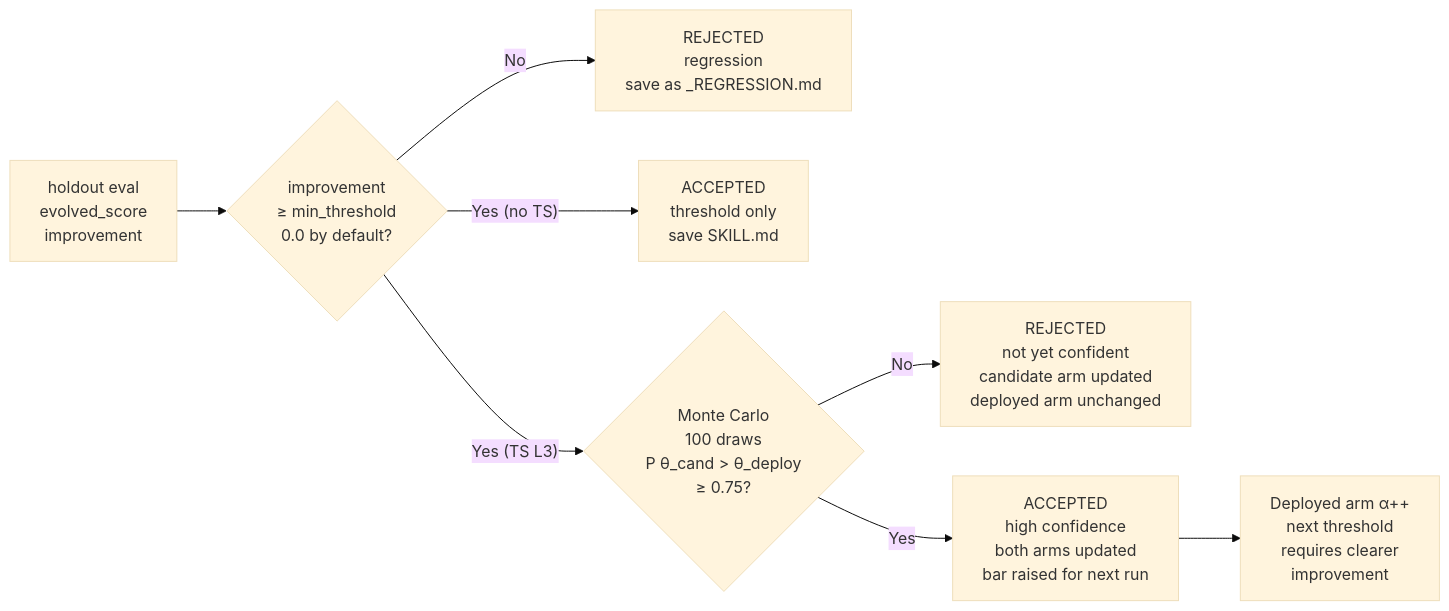
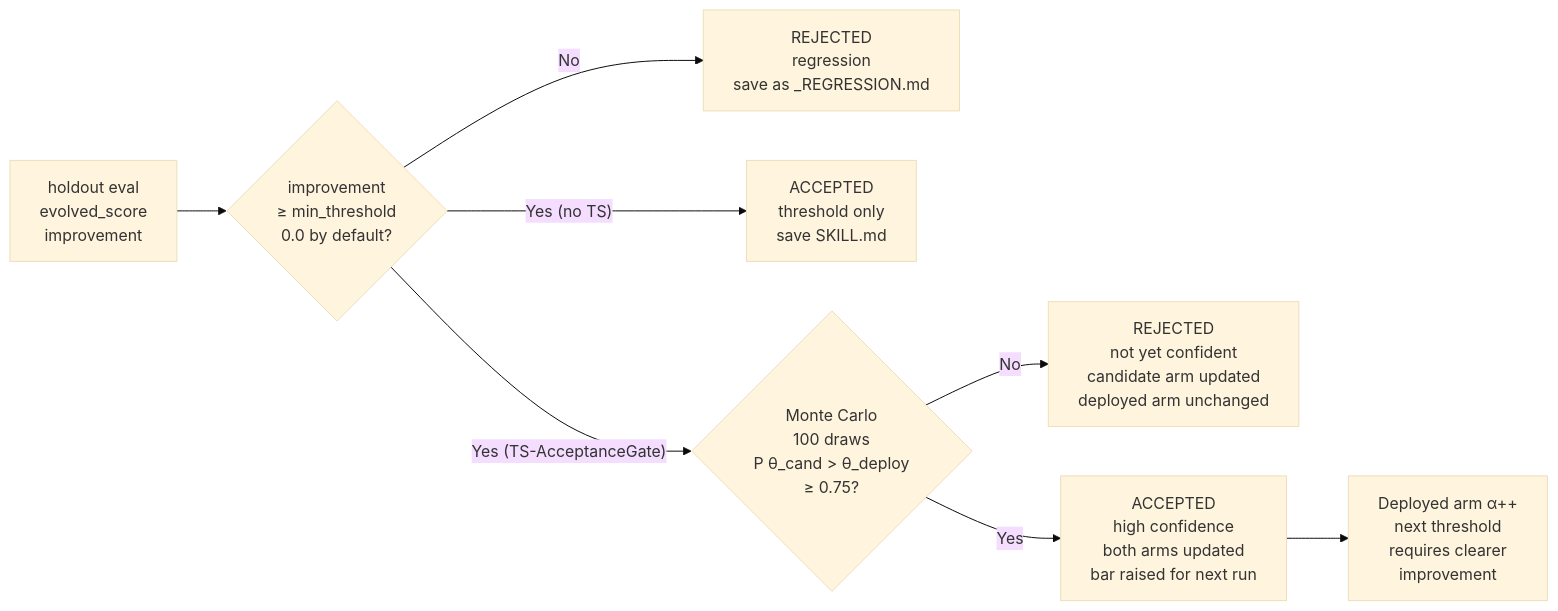
The second of 5 diagrams in examples/agent_evolving_hermes/offline/offline_05_thompson_vs_baseline/README.md (michaelatamuk/openjiuwen-agent-core), drawn with Mermaid (base theme) before and after one commit. The commit also changed other lines of this file and 15 other files, not shown here.

````diff
--- a/examples/agent_evolving_hermes/offline/offline_05_thompson_vs_baseline/README.md
+++ b/examples/agent_evolving_hermes/offline/offline_05_thompson_vs_baseline/README.md
@@ -1347,10 +1382,10 @@
 ```mermaid
 flowchart LR
     H[holdout eval\nevolved_score\nimprovement] --> T1{improvement\n≥ min_threshold\n0.0 by default?}
     T1 -- No --> R1[REJECTED\nregression\nsave as _REGRESSION.md]
     T1 -- "Yes (no TS)" --> A1[ACCEPTED\nthreshold only\nsave SKILL.md]
-    T1 -- "Yes (TS L3)" --> MC{Monte Carlo\n100 draws\nP θ_cand > θ_deploy\n≥ 0.75?}
+    T1 -- "Yes (TS-AcceptanceGate)" --> MC{Monte Carlo\n100 draws\nP θ_cand > θ_deploy\n≥ 0.75?}
     MC -- No --> R2[REJECTED\nnot yet confident\ncandidate arm updated\ndeployed arm unchanged]
     MC -- Yes --> A2[ACCEPTED\nhigh confidence\nboth arms updated\nbar raised for next run]
     A2 --> BAR[Deployed arm α++\nnext threshold\nrequires clearer\nimprovement]
 ```
````
